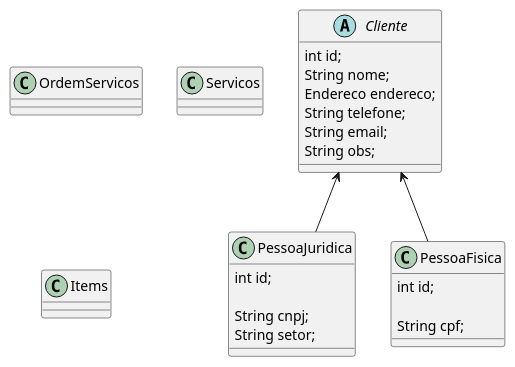
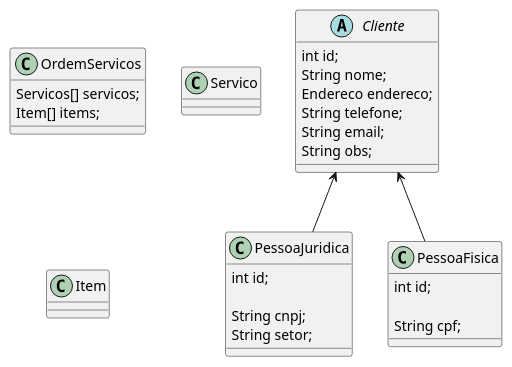
One commit to CS-PI-2026-Argonautas/docs changed the diagram in diagramas/class-diagram.puml. Above: the diagram before and after it, drawn with PlantUML.

Commit message:
feat(class-diagram): item and order classes

```diff
--- a/diagramas/class-diagram.puml
+++ b/diagramas/class-diagram.puml
@@ -1,41 +1,43 @@
 @startuml class
 
 abstract class Cliente{
   int id;
   String nome;
   Endereco endereco;
   String telefone;
   String email;
   String obs;
 
 }
 
 class PessoaJuridica {
   int id;
   
   String cnpj;
   String setor;
 }
 
 class PessoaFisica{
   int id;
 
   String cpf;
 }
 
 class OrdemServicos{
+  Servicos[] servicos;
+  Item[] items;
 
 }
 
-class Servicos{
+class Servico{
 
 }
 
-class Items{
+class Item{
   
 }
 
 Cliente <-- PessoaFisica
 Cliente <-- PessoaJuridica
 
 @enduml
```
